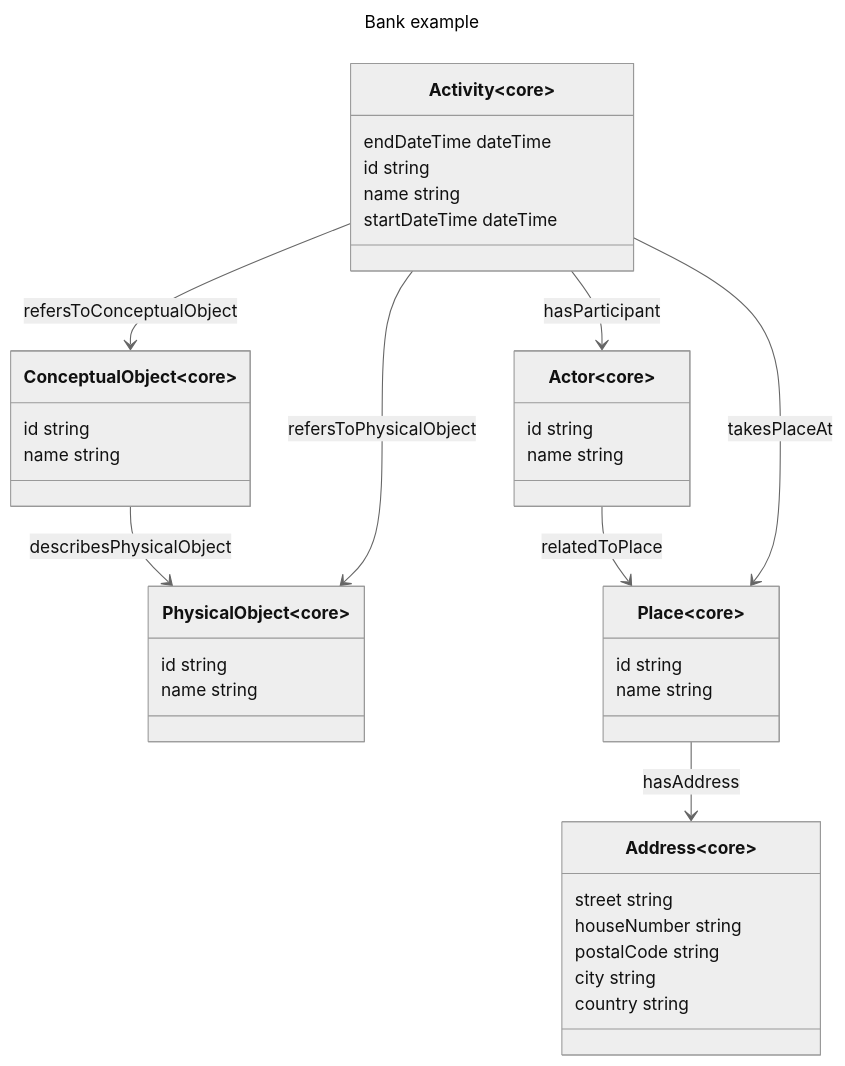
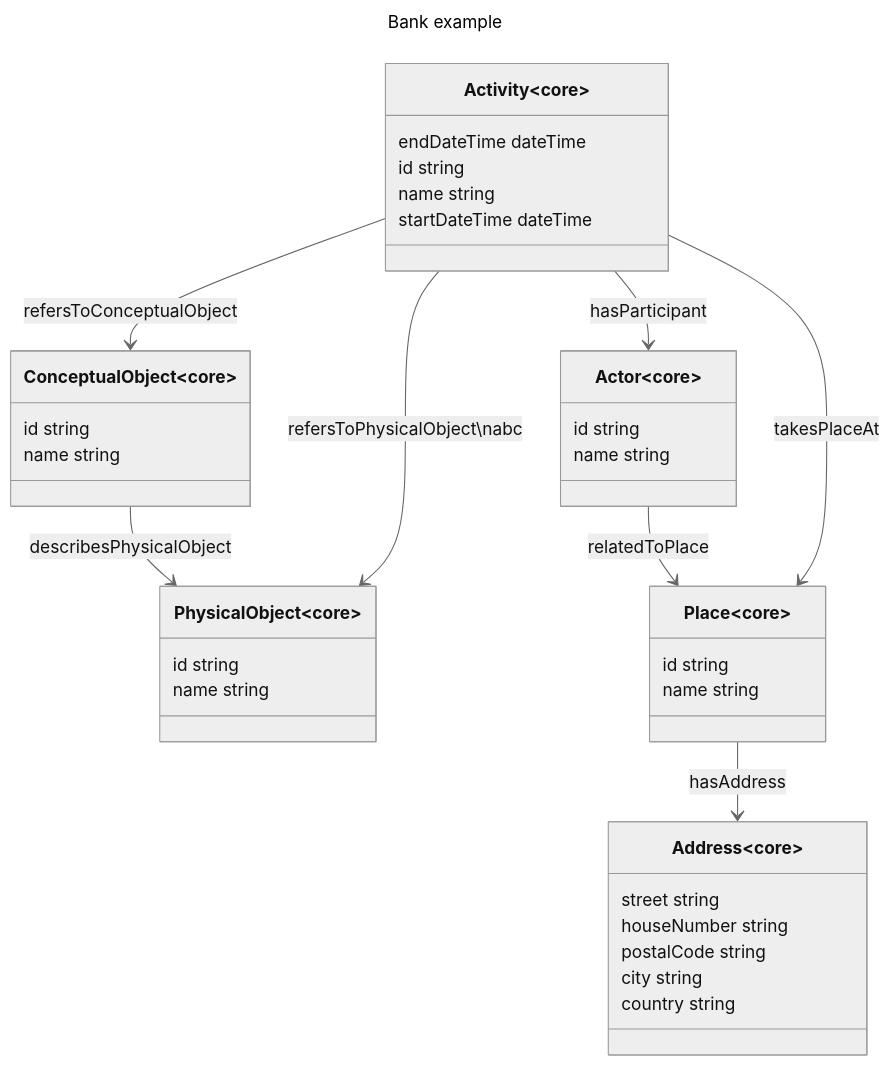
The diagram in docs/ontology_governance_process.md (eclipse-tractusx/sldt-ontology-model), drawn with Mermaid (neutral theme) before and after one commit.

Commit message:
Changes for the standard.

````diff
--- a/docs/ontology_governance_process.md
+++ b/docs/ontology_governance_process.md
@@ -95,43 +95,43 @@
 ```mermaid
 ---
 title: Bank example
 ---
 
 classDiagram 
    class Activity~core~{
        endDateTime dateTime
        id string
        name string
        startDateTime dateTime
    }
    class Actor~core~{
        id string
        name string
    }
    class Address~core~{
        street string
        houseNumber string
        postalCode string
        city string
        country string
    }
    class ConceptualObject~core~{
        id string
        name string
    }
    class PhysicalObject~core~{
        id string
        name string
    }
    class Place~core~{
        id string
        name string
    }
    Place --> Address : hasAddress
    ConceptualObject --> PhysicalObject : describesPhysicalObject
    Activity --> Actor : hasParticipant
    Activity --> ConceptualObject : refersToConceptualObject
-   Activity --> PhysicalObject : refersToPhysicalObject
+   Activity --> PhysicalObject : refersToPhysicalObject\nabc
    Actor --> Place : relatedToPlace
    Activity --> Place : takesPlaceAt
 ```
````
